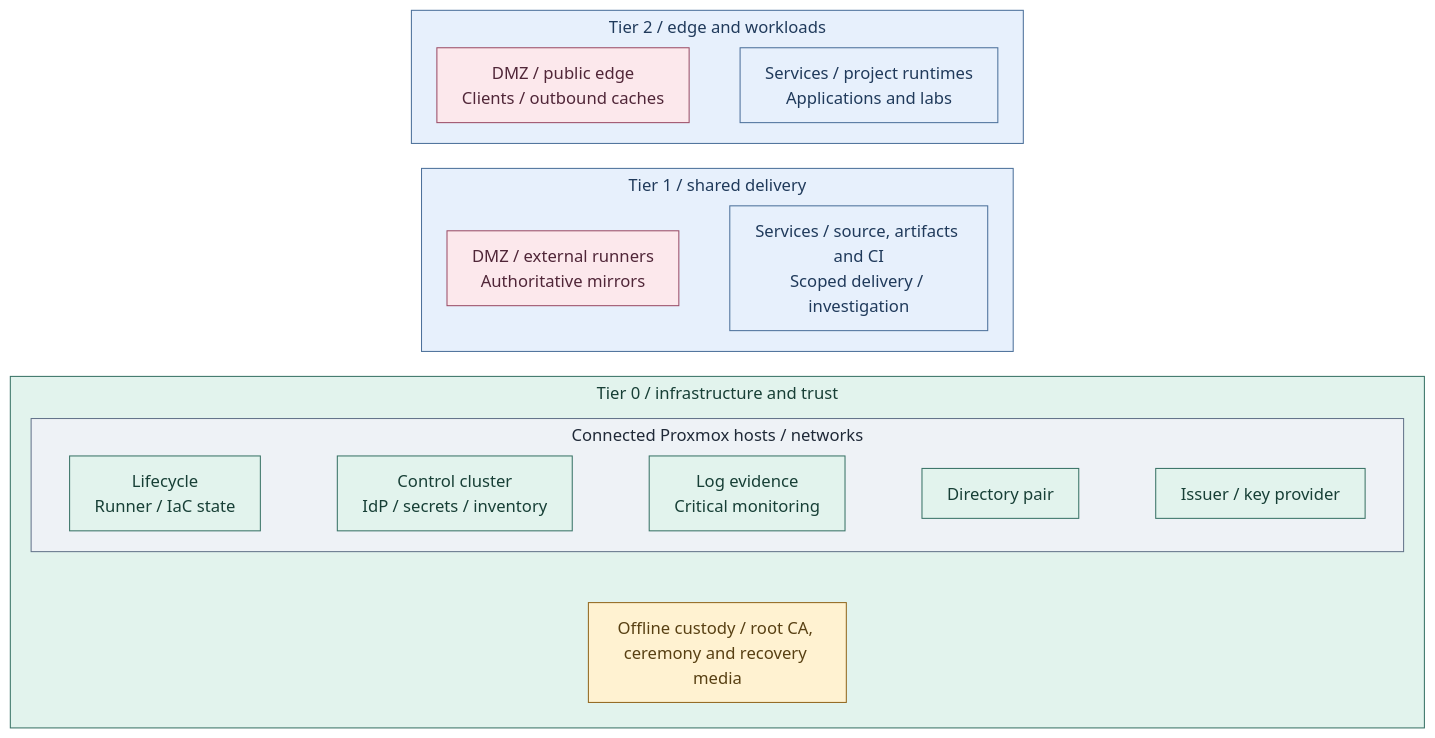
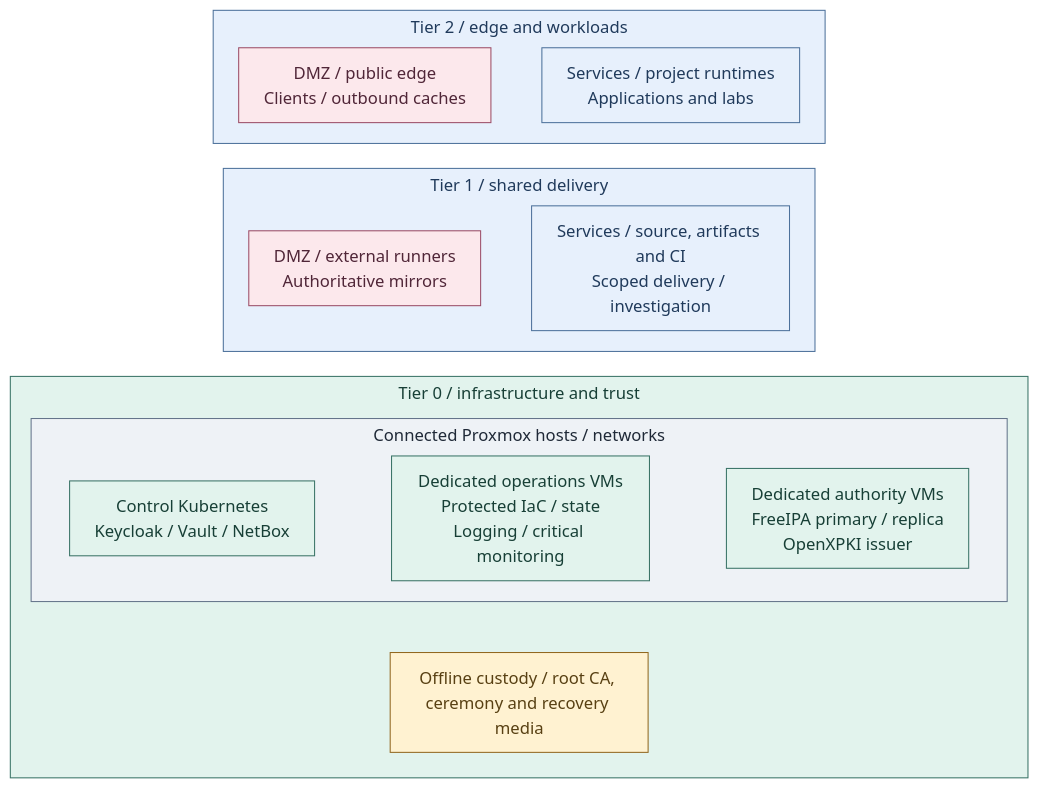
One commit to Rexus/homelab changed the diagram in docs/01-architecture/03-reference-platform.md. Above: the diagram before and after it, drawn with Mermaid. The commit also changed other lines of this file and 279 other files, not shown here.

````diff
--- a/docs/01-architecture/03-reference-platform.md
+++ b/docs/01-architecture/03-reference-platform.md
@@ -36,42 +14,40 @@
 ```mermaid
 %%{init: {"theme":"base","flowchart":{"nodeSpacing":20,"rankSpacing":24,"padding":12,"subGraphTitleMargin":{"top":4,"bottom":12}},"themeVariables":{"lineColor":"#627581","edgeLabelBackground":"#f8fafc"}}}%%
 flowchart TB
   subgraph T2["Tier 2 / edge and workloads"]
     direction LR
     Edge["DMZ / public edge<br/>Clients / outbound caches"]
     Workloads["Services / project runtimes<br/>Applications and labs"]
     Edge ~~~ Workloads
   end
   subgraph T1["Tier 1 / shared delivery"]
     direction LR
     Supply["DMZ / external runners<br/>Authoritative mirrors"]
     Delivery["Services / source, artifacts and CI<br/>Scoped delivery / investigation"]
     Supply ~~~ Delivery
   end
   subgraph T0["Tier 0 / infrastructure and trust"]
     direction TB
     subgraph Online["Connected Proxmox hosts / networks"]
       direction LR
-      M["Lifecycle<br/>Runner / IaC state"]
-      K["Control cluster<br/>IdP / secrets / inventory"]
-      Evidence["Log evidence<br/>Critical monitoring"]
-      I["Directory pair"]
-      C["Issuer / key provider"]
-      M ~~~ K ~~~ Evidence ~~~ I ~~~ C
+      K["Control Kubernetes<br/>Keycloak / Vault / NetBox"]
+      M["Dedicated operations VMs<br/>Protected IaC / state<br/>Logging / critical monitoring"]
+      A["Dedicated authority VMs<br/>FreeIPA primary / replica<br/>OpenXPKI issuer"]
+      K ~~~ M ~~~ A
     end
     Offline["Offline custody / root CA, ceremony and recovery media"]
     Online ~~~ Offline
   end
   T2 ~~~ T1 ~~~ T0
   classDef default fill:#f8fafc,stroke:#64748b,color:#1f2937
   classDef boundary fill:#eef2f6,stroke:#64748b,color:#1f2937
   classDef services fill:#e7f0fc,stroke:#4d719b,color:#203a5b
   classDef edge fill:#fce8ec,stroke:#9b4d67,color:#502638
   classDef control fill:#e2f3ed,stroke:#397366,color:#173f36
   classDef custody fill:#fff2d1,stroke:#926820,color:#584013
   class Online boundary
   class T2,T1,Workloads,Delivery services
   class Edge,Supply edge
-  class T0,M,K,Evidence,I,C control
+  class T0,M,K,A control
   class Offline custody
 ```
````
